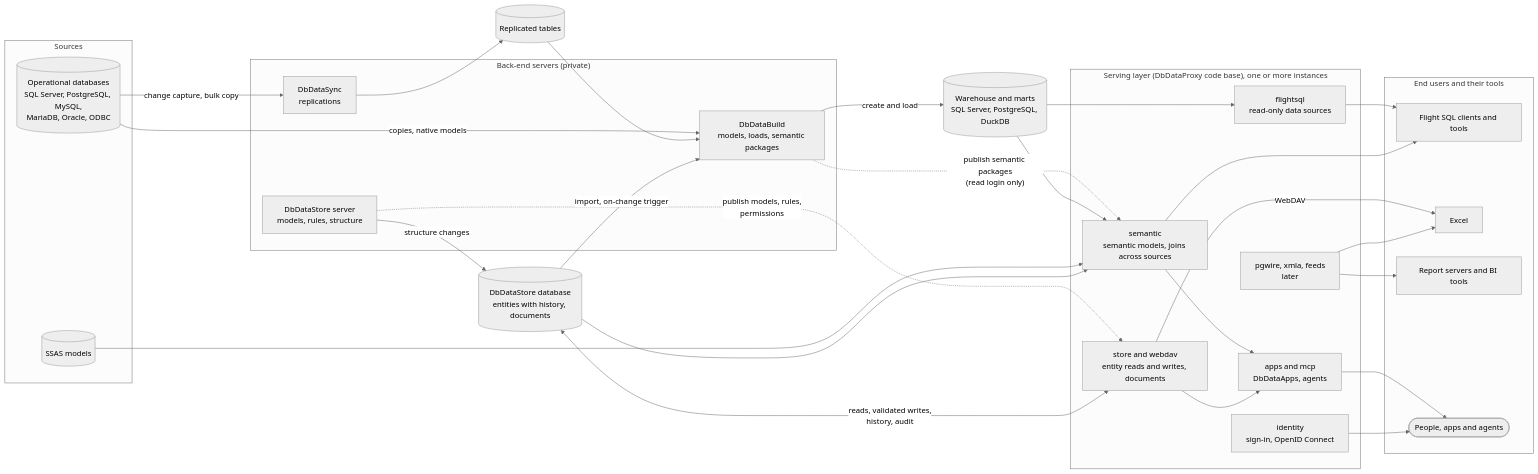
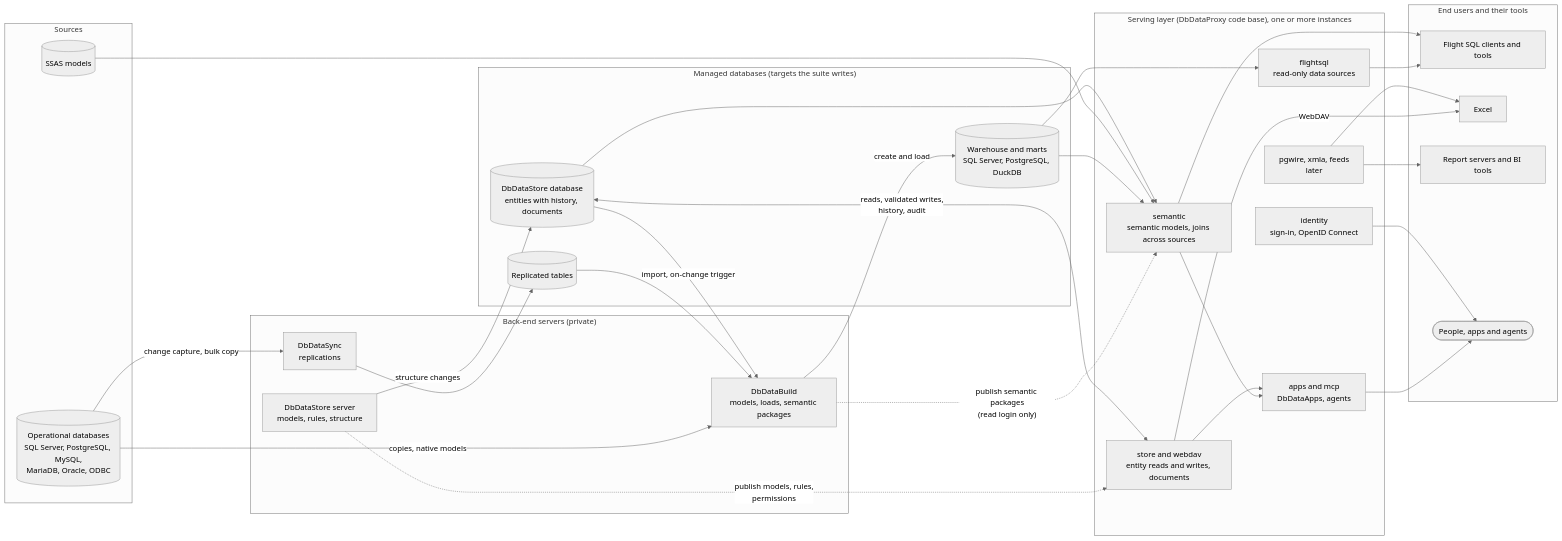
Before and after one commit to DbDataSync/DbDataKit: the first of 2 diagrams in docs/suite-data-flow.md, drawn with Mermaid (neutral theme).

Commit message:
Data flow diagram: group the managed databases
Claude-Session: https://claude.ai/code/session_012sf74TTXPXS9FPZ66KcdXS

````diff
--- a/docs/suite-data-flow.md
+++ b/docs/suite-data-flow.md
@@ -9,60 +9,62 @@
 ```mermaid
 flowchart LR
     subgraph SRC["Sources"]
         SDB[("Operational databases<br/>SQL Server, PostgreSQL, MySQL,<br/>MariaDB, Oracle, ODBC")]
         SSAS[("SSAS models")]
     end
 
     subgraph BACK["Back-end servers (private)"]
         REP["DbDataSync<br/>replications"]
         MODELS["DbDataBuild<br/>models, loads, semantic packages"]
         STOREDEF["DbDataStore server<br/>models, rules, structure"]
     end
 
-    STAGE[("Replicated tables")]
-    WH[("Warehouse and marts<br/>SQL Server, PostgreSQL, DuckDB")]
-    ENT[("DbDataStore database<br/>entities with history, documents")]
+    subgraph MANAGED["Managed databases (targets the suite writes)"]
+        STAGE[("Replicated tables")]
+        WH[("Warehouse and marts<br/>SQL Server, PostgreSQL, DuckDB")]
+        ENT[("DbDataStore database<br/>entities with history, documents")]
+    end
 
     subgraph EDGE["Serving layer (DbDataProxy code base), one or more instances"]
         DS["flightsql<br/>read-only data sources"]
         SEM["semantic<br/>semantic models, joins across sources"]
         STOREMOD["store and webdav<br/>entity reads and writes, documents"]
         APPSMOD["apps and mcp<br/>DbDataApps, agents"]
         IDMOD["identity<br/>sign-in, OpenID Connect"]
         LATER["pgwire, xmla, feeds<br/>later"]
     end
 
     subgraph USE["End users and their tools"]
         CLIENTS["Flight SQL clients and tools"]
         EXCEL["Excel"]
         BI["Report servers and BI tools"]
         PEOPLE(["People, apps and agents"])
     end
 
     SDB -->|"change capture, bulk copy"| REP
     REP --> STAGE
     SDB -->|"copies, native models"| MODELS
     STAGE --> MODELS
     ENT -->|"import, on-change trigger"| MODELS
     MODELS -->|"create and load"| WH
     STOREDEF -->|"structure changes"| ENT
 
     MODELS -.->|"publish semantic packages<br/>(read login only)"| SEM
     STOREDEF -.->|"publish models, rules,<br/>permissions"| STOREMOD
 
     WH --> DS
     WH --> SEM
     SSAS --> SEM
     ENT --> SEM
     ENT <-->|"reads, validated writes,<br/>history, audit"| STOREMOD
 
     DS --> CLIENTS
     SEM --> CLIENTS
     SEM --> APPSMOD
     STOREMOD --> APPSMOD
     STOREMOD -->|"WebDAV"| EXCEL
     LATER --> EXCEL
     LATER --> BI
     APPSMOD --> PEOPLE
     IDMOD --> PEOPLE
 ```
````
